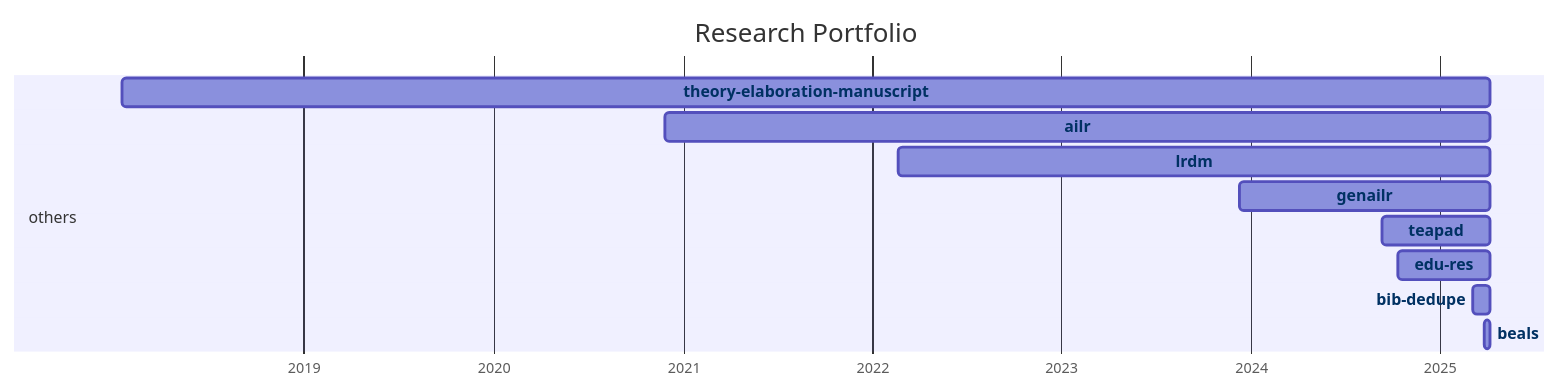
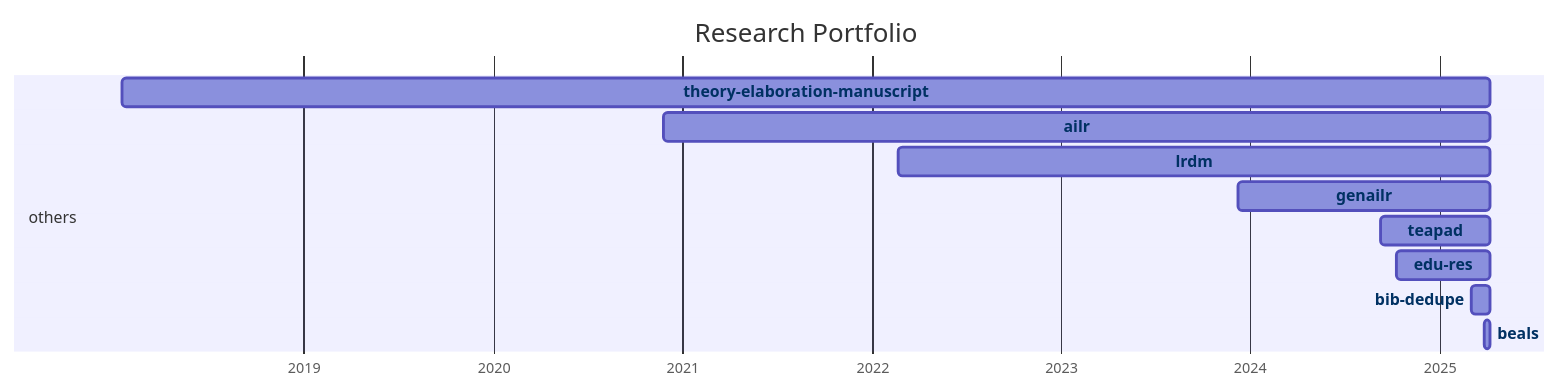
The diagram in docs/20-research/25-projects-gantt.md (digital-work-lab/handbook), drawn with Mermaid before and after one commit.

Commit message:
Update repository overview

````diff
--- a/docs/20-research/25-projects-gantt.md
+++ b/docs/20-research/25-projects-gantt.md
@@ -8,35 +8,35 @@
 ```mermaid
 ---
 displayMode: compact
 ---
 gantt
 title Research Portfolio
 dateFormat YYYY-MM-DD
 axisFormat %Y
 
     section work_practices
 
     section distributed_organizing
 
     section knowledge_synthesis
 
     section others
-        beals :beals, 2025-03-28, 2025-04-07
-        bib-dedupe :bib-dedupe, 2025-03-04, 2025-04-07
-        edu-res :edu-res, 2024-10-10, 2025-04-07
-        teapad :teapad, 2024-09-10, 2025-04-07
-        genailr :genailr, 2023-12-10, 2025-04-07
-        lrdm :lrdm, 2022-02-20, 2025-04-07
-        ailr :ailr, 2020-11-26, 2025-04-07
-        theory-elaboration-manuscript :theory-elaboration-manuscript, 2018-01-15, 2025-04-07
+        beals :beals, 2025-03-28, 2025-04-08
+        bib-dedupe :bib-dedupe, 2025-03-04, 2025-04-08
+        edu-res :edu-res, 2024-10-10, 2025-04-08
+        teapad :teapad, 2024-09-10, 2025-04-08
+        genailr :genailr, 2023-12-10, 2025-04-08
+        lrdm :lrdm, 2022-02-20, 2025-04-08
+        ailr :ailr, 2020-11-26, 2025-04-08
+        theory-elaboration-manuscript :theory-elaboration-manuscript, 2018-01-15, 2025-04-08
 
 
     click beals href "{{ site.baseurl }}/docs/20-research/25-projects/_repos/beals"
     click bib-dedupe href "{{ site.baseurl }}/docs/20-research/25-projects/_repos/bib-dedupe"
     click edu-res href "{{ site.baseurl }}/docs/20-research/25-projects/_repos/edu-res"
     click teapad href "{{ site.baseurl }}/docs/20-research/25-projects/_repos/teapad"
     click genailr href "{{ site.baseurl }}/docs/20-research/25-projects/_repos/genailr"
     click lrdm href "{{ site.baseurl }}/docs/20-research/25-projects/_repos/lrdm"
     click ailr href "{{ site.baseurl }}/docs/20-research/25-projects/_repos/ailr"
     click theory-elaboration-manuscript href "{{ site.baseurl }}/docs/20-research/25-projects/_repos/theory-elaboration-manuscript"
 ```
````
